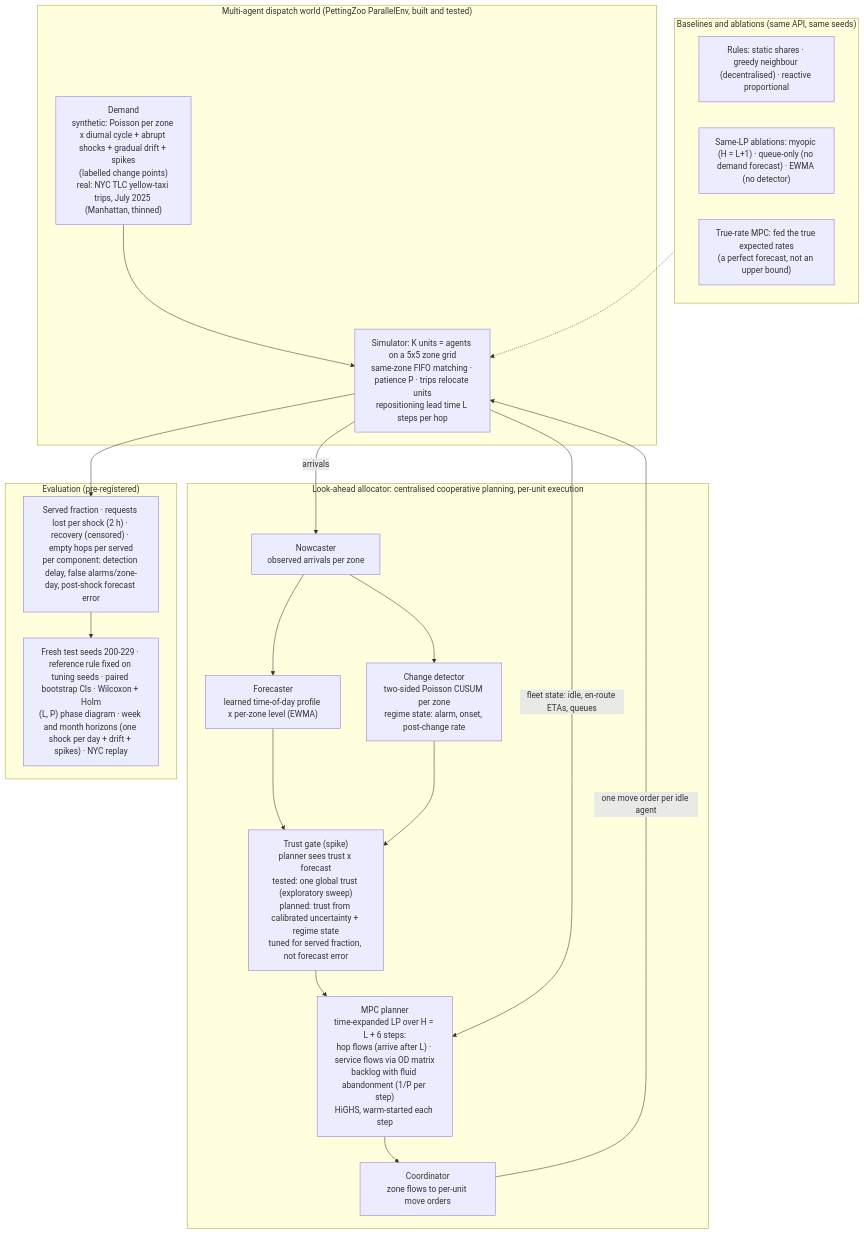
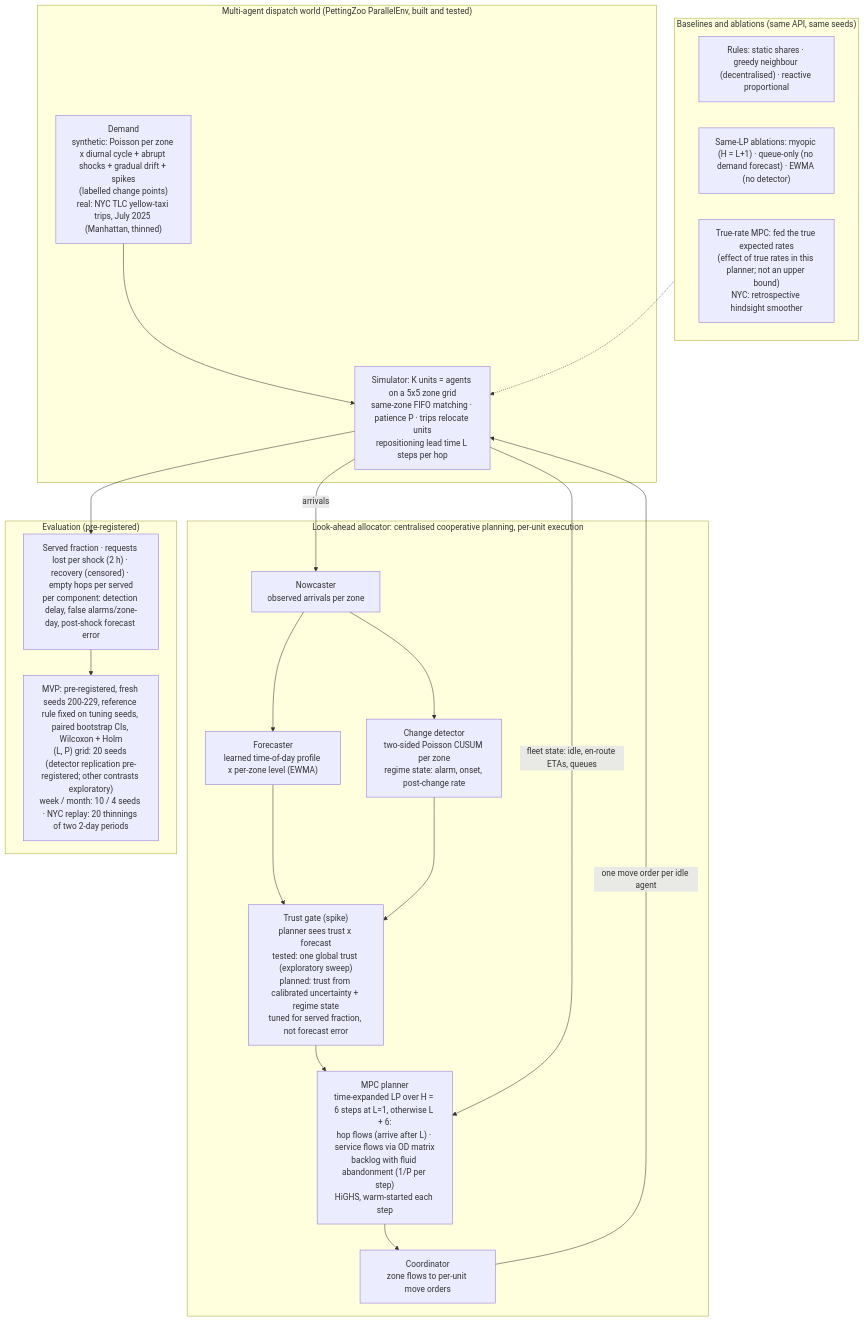
Before and after one commit to imdigitalashish/techfest-2026: the diagram in perceptron-p07-multi-agent-allocation/deliverables/architecture.md, drawn with Mermaid. The commit also changed other lines of this file and 6 other files, not shown here.

Commit message:
perceptron-p07-multi-agent-allocation: abstract v1.2 (881 words) applying all 8 gpt-6-astra items (71/100); amendment B1 (best-fixed-trust + detector-free-gate co-primary comparators); diagram fixes; reviews/ledger; thought node + memo final

````diff
--- a/perceptron-p07-multi-agent-allocation/deliverables/architecture.md
+++ b/perceptron-p07-multi-agent-allocation/deliverables/architecture.md
@@ -3,36 +3,36 @@
 ```mermaid
 flowchart TB
   subgraph WORLD["Multi-agent dispatch world (PettingZoo ParallelEnv, built and tested)"]
     D["Demand<br/>synthetic: Poisson per zone x diurnal cycle + abrupt shocks + gradual drift + spikes<br/>(labelled change points)<br/>real: NYC TLC yellow-taxi trips, July 2025 (Manhattan, thinned)"]
     S["Simulator: K units = agents on a 5x5 zone grid<br/>same-zone FIFO matching · patience P · trips relocate units<br/>repositioning lead time L steps per hop"]
     D --> S
   end
 
   subgraph AGENT["Look-ahead allocator: centralised cooperative planning, per-unit execution"]
     N["Nowcaster<br/>observed arrivals per zone"]
     CD["Change detector<br/>two-sided Poisson CUSUM per zone<br/>regime state: alarm, onset, post-change rate"]
     F["Forecaster<br/>learned time-of-day profile x per-zone level (EWMA)"]
     TG["Trust gate (spike)<br/>planner sees trust x forecast<br/>tested: one global trust (exploratory sweep)<br/>planned: trust from calibrated uncertainty + regime state<br/>tuned for served fraction, not forecast error"]
-    P["MPC planner<br/>time-expanded LP over H = L + 6 steps:<br/>hop flows (arrive after L) · service flows via OD matrix<br/>backlog with fluid abandonment (1/P per step)<br/>HiGHS, warm-started each step"]
+    P["MPC planner<br/>time-expanded LP over H = 6 steps at L=1, otherwise L + 6:<br/>hop flows (arrive after L) · service flows via OD matrix<br/>backlog with fluid abandonment (1/P per step)<br/>HiGHS, warm-started each step"]
     C["Coordinator<br/>zone flows to per-unit move orders"]
     N --> F --> TG --> P --> C
     N --> CD --> TG
   end
 
   S -- "fleet state: idle, en-route ETAs, queues" --> P
   S -- "arrivals" --> N
   C -- "one move order per idle agent" --> S
 
   subgraph BASE["Baselines and ablations (same API, same seeds)"]
     R["Rules: static shares · greedy neighbour (decentralised) · reactive proportional"]
     AB["Same-LP ablations: myopic (H = L+1) · queue-only (no demand forecast) · EWMA (no detector)"]
-    O["True-rate MPC: fed the true expected rates<br/>(a perfect forecast, not an upper bound)"]
+    O["True-rate MPC: fed the true expected rates<br/>(effect of true rates in this planner; not an upper bound)<br/>NYC: retrospective hindsight smoother"]
   end
   BASE -.-> S
 
   subgraph EVAL["Evaluation (pre-registered)"]
     M["Served fraction · requests lost per shock (2 h) · recovery (censored) · empty hops per served<br/>per component: detection delay, false alarms/zone-day, post-shock forecast error"]
-    ST["Fresh test seeds 200-229 · reference rule fixed on tuning seeds · paired bootstrap CIs · Wilcoxon + Holm<br/>(L, P) phase diagram · week and month horizons (one shock per day + drift + spikes) · NYC replay"]
+    ST["MVP: pre-registered, fresh seeds 200-229, reference rule fixed on tuning seeds, paired bootstrap CIs, Wilcoxon + Holm<br/>(L, P) grid: 20 seeds (detector replication pre-registered; other contrasts exploratory)<br/>week / month: 10 / 4 seeds · NYC replay: 20 thinnings of two 2-day periods"]
   end
   S --> M --> ST
 ```
````
